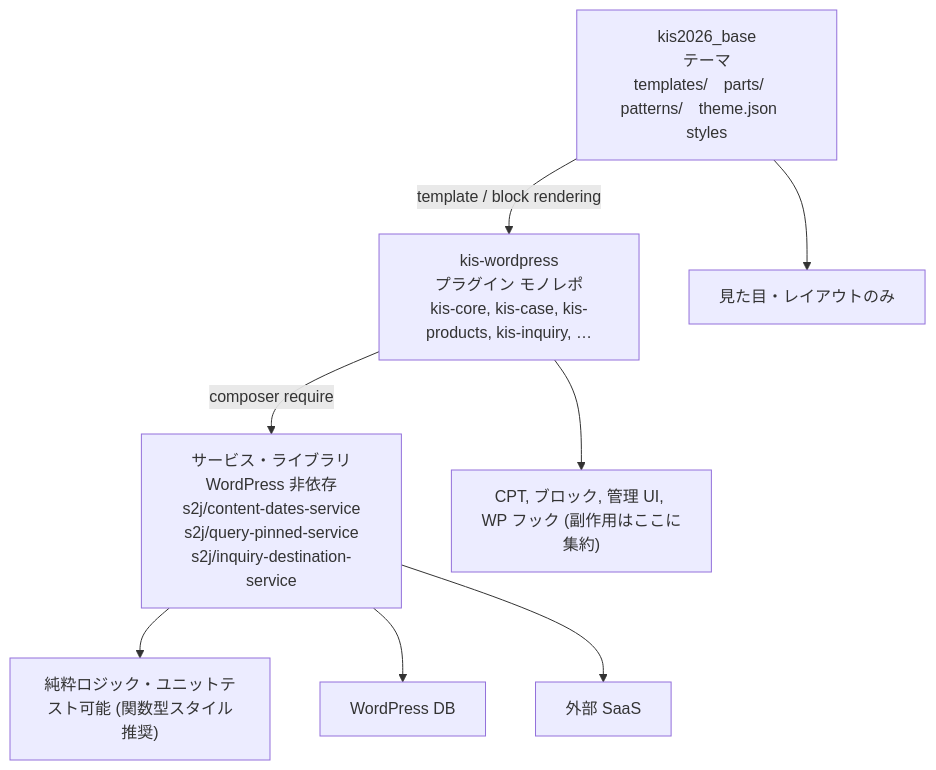
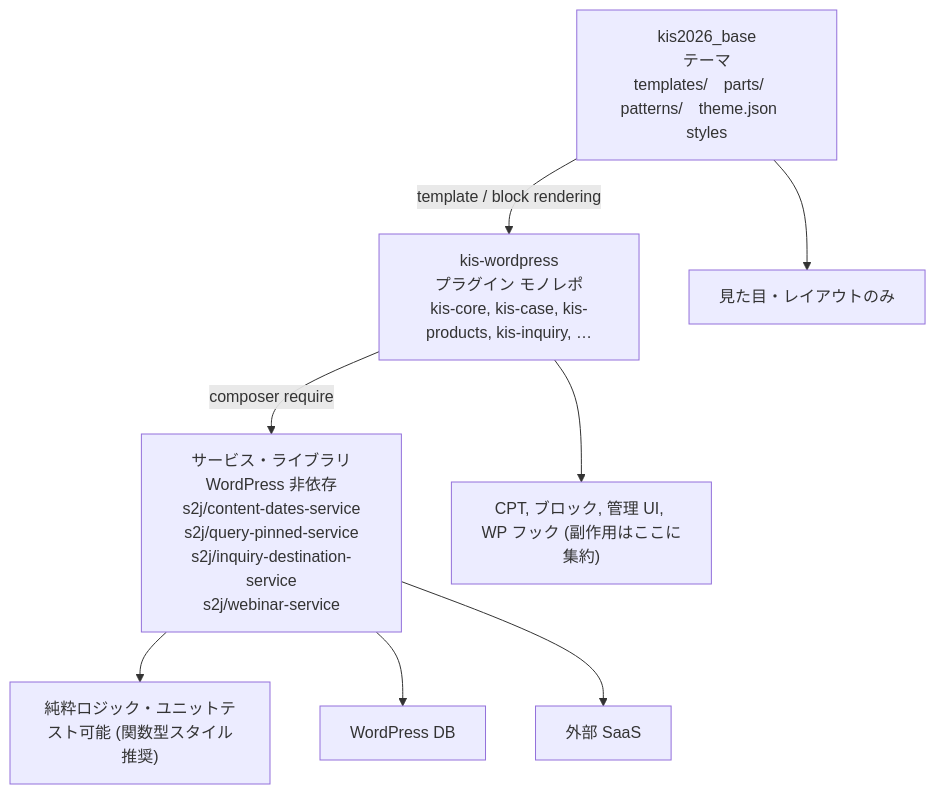
Before and after one commit to stein2nd/kis-wordpress: the second of 2 diagrams in docs_mod/specs.md, drawn with Mermaid. The commit also changed other lines of this file and 1 other file, not shown here.

First line of the commit message:
仕様の仮称イベントを GatherPress フォークと S2J Webinar に分割する。

````diff
--- a/docs_mod/specs.md
+++ b/docs_mod/specs.md
@@ -149,16 +150,16 @@
 ```mermaid
 flowchart TB
     A1["kis2026_base<br />テーマ<br />templates/　parts/　patterns/　theme.json　styles"]
     A2["kis-wordpress<br />プラグイン モノレポ<br />kis-core, kis-case, kis-products, kis-inquiry, …"]
-    A3["サービス・ライブラリ<br />WordPress 非依存<br />s2j/content-dates-service<br />s2j/query-pinned-service<br />s2j/inquiry-destination-service"]
+    A3["サービス・ライブラリ<br />WordPress 非依存<br />s2j/content-dates-service<br />s2j/query-pinned-service<br />s2j/inquiry-destination-service<br />s2j/webinar-service"]
 
     A1 --> B1["見た目・レイアウトのみ"]
     A1 -->|template / block rendering| A2
 
     A2 --> B2["CPT, ブロック, 管理 UI, WP フック (副作用はここに集約)"]
     A2 -->|composer require| A3
 
     A3 --> B3["純粋ロジック・ユニットテスト可能 (関数型スタイル推奨)"]
     A3 --> A4["WordPress DB"]
     A3 --> A5["外部 SaaS"]
 ```
````
